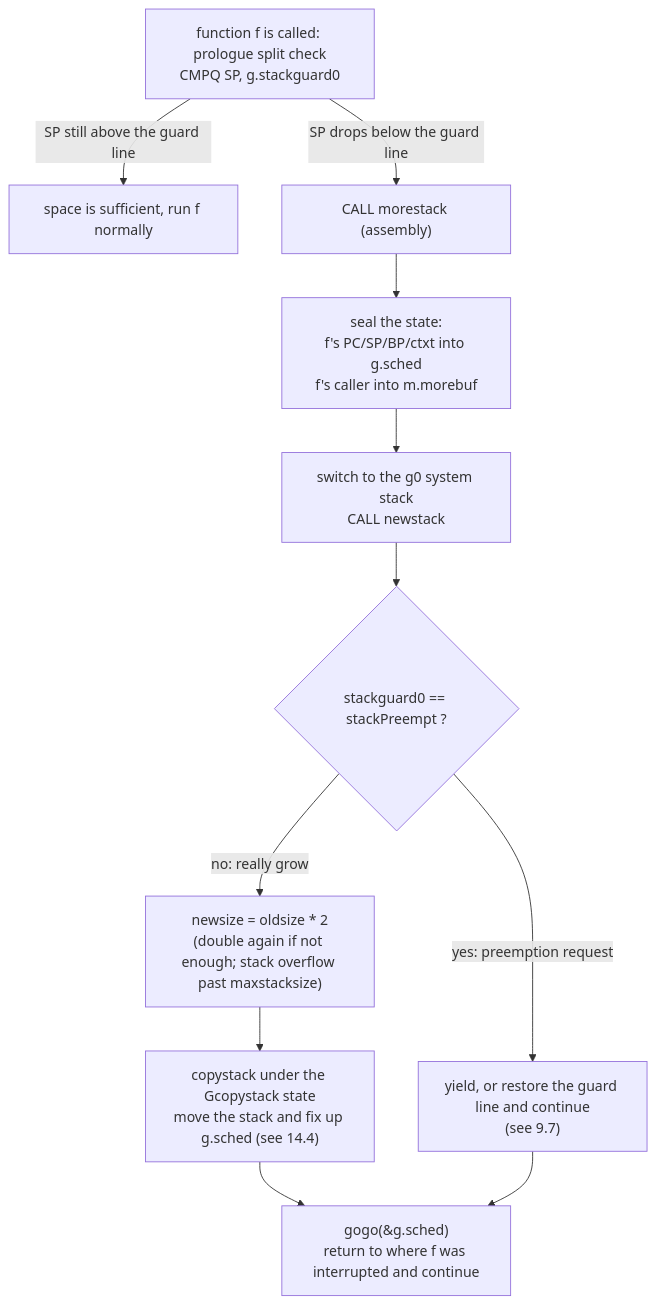
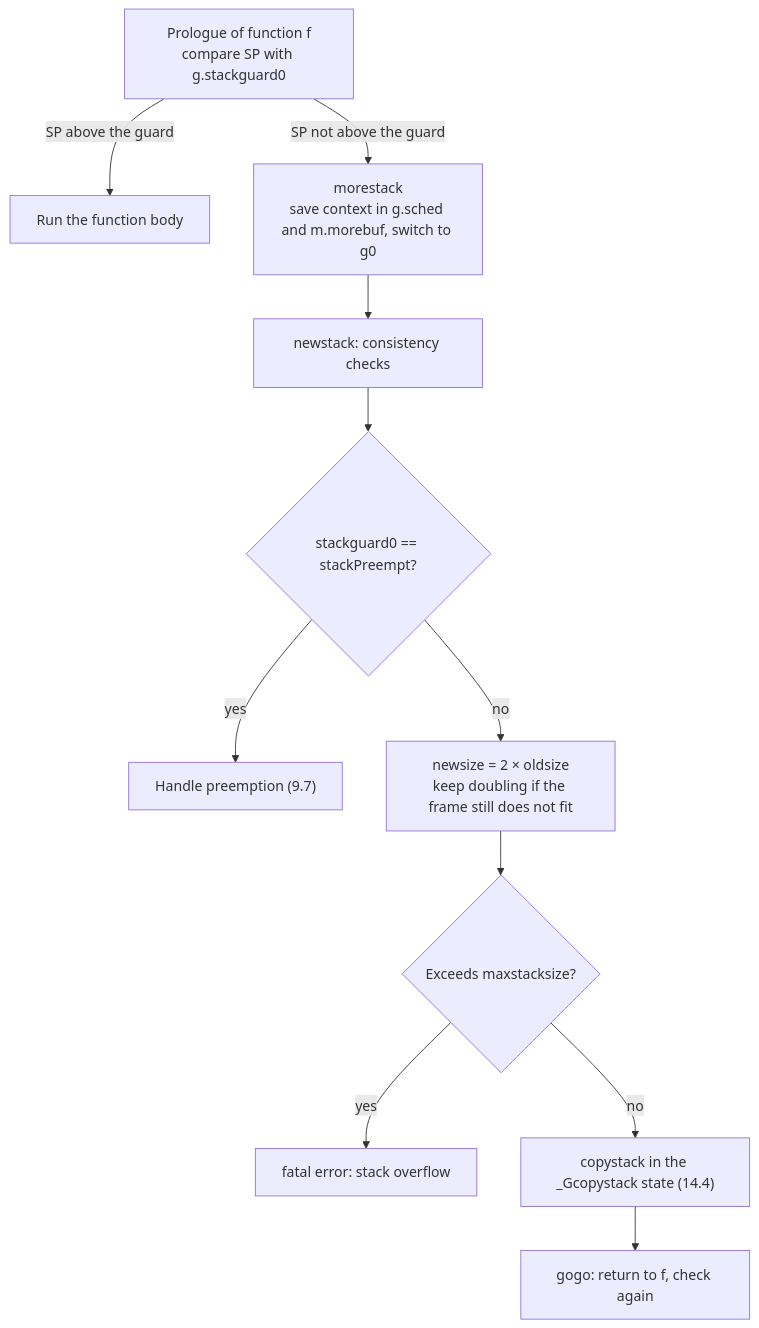
Before and after one commit to golang-design/under-the-hood: the diagram in book/en-us/part4memory/ch14stack/grow.md, drawn with Mermaid. The commit also changed other lines of this file and 30 other files, not shown here.

````diff
--- a/book/en-us/part4memory/ch14stack/grow.md
+++ b/book/en-us/part4memory/ch14stack/grow.md
@@ -157,13 +326,13 @@
 ```mermaid
 flowchart TD
-    A["function f is called: prologue split check\nCMPQ SP, g.stackguard0"] -->|SP still above the guard line| OK["space is sufficient, run f normally"]
-    A -->|SP drops below the guard line| MS["CALL morestack (assembly)"]
-    MS --> SAVE["seal the state:\nf's PC/SP/BP/ctxt into g.sched\nf's caller into m.morebuf"]
-    SAVE --> SW["switch to the g0 system stack\nCALL newstack"]
-    SW --> CHK{"stackguard0 == stackPreempt ?"}
-    CHK -->|yes: preemption request| PRE["yield, or restore the guard line and continue\n(see 9.7)"]
-    CHK -->|no: really grow| GROW["newsize = oldsize * 2\n(double again if not enough; stack overflow past maxstacksize)"]
-    GROW --> CP["copystack under the Gcopystack state\nmove the stack and fix up g.sched (see 14.4)"]
-    CP --> GOGO["gogo(&g.sched)\nreturn to where f was interrupted and continue"]
-    PRE --> GOGO
+    A["Prologue of function f<br/>compare SP with g.stackguard0"] -->|"SP above the guard"| OK["Run the function body"]
+    A -->|"SP not above the guard"| MS["morestack<br/>save context in g.sched and m.morebuf, switch to g0"]
+    MS --> NS["newstack: consistency checks"]
+    NS --> P{"stackguard0 == stackPreempt?"}
+    P -->|"yes"| PRE["Handle preemption (9.7)"]
+    P -->|"no"| SZ["newsize = 2 × oldsize<br/>keep doubling if the frame still does not fit"]
+    SZ --> LIM{"Exceeds maxstacksize?"}
+    LIM -->|"yes"| DIE["fatal error: stack overflow"]
+    LIM -->|"no"| CP["copystack in the _Gcopystack state (14.4)"]
+    CP --> BACK["gogo: return to f, check again"]
 ```
````
